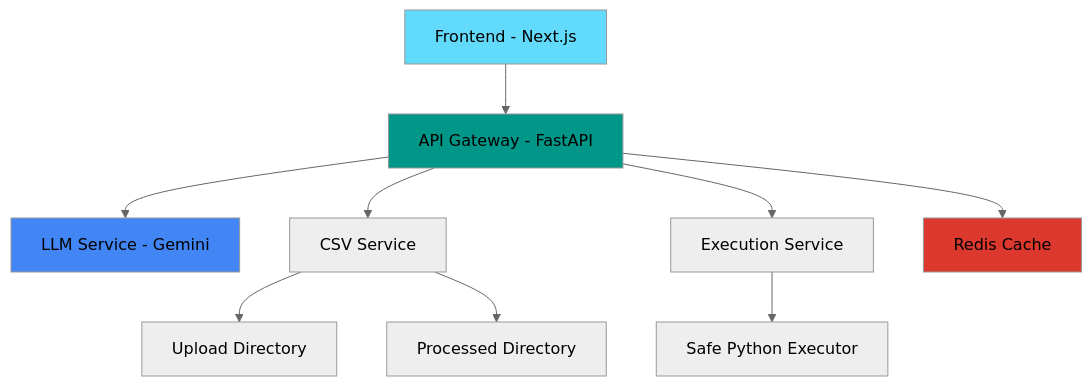
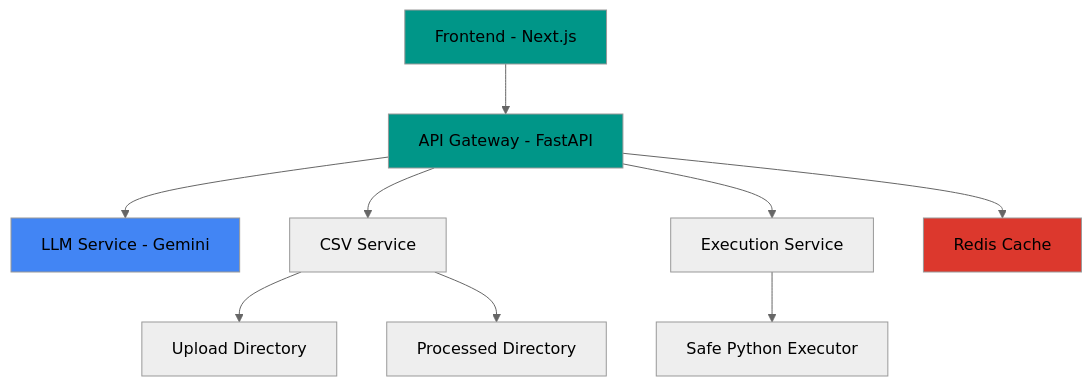
The diagram in README.md (OliveiraLeonidas/fs_data_processor), drawn with Mermaid (neutral theme) before and after one commit.

````diff
--- a/README.md
+++ b/README.md
@@ -33,18 +33,18 @@
 ```mermaid
 graph TB
     A[Frontend - Next.js] --> B[API Gateway - FastAPI]
     B --> C[LLM Service - Gemini]
     B --> D[CSV Service]
     B --> E[Execution Service]
     B --> F[Redis Cache]
     
     D --> G[Upload Directory]
     D --> H[Processed Directory]
     
     E --> I[Safe Python Executor]
     
-    style A fill:#61dafb
+    style A fill:#009688
     style B fill:#009688
     style C fill:#4285f4
     style F fill:#dc382d
 ```
````
